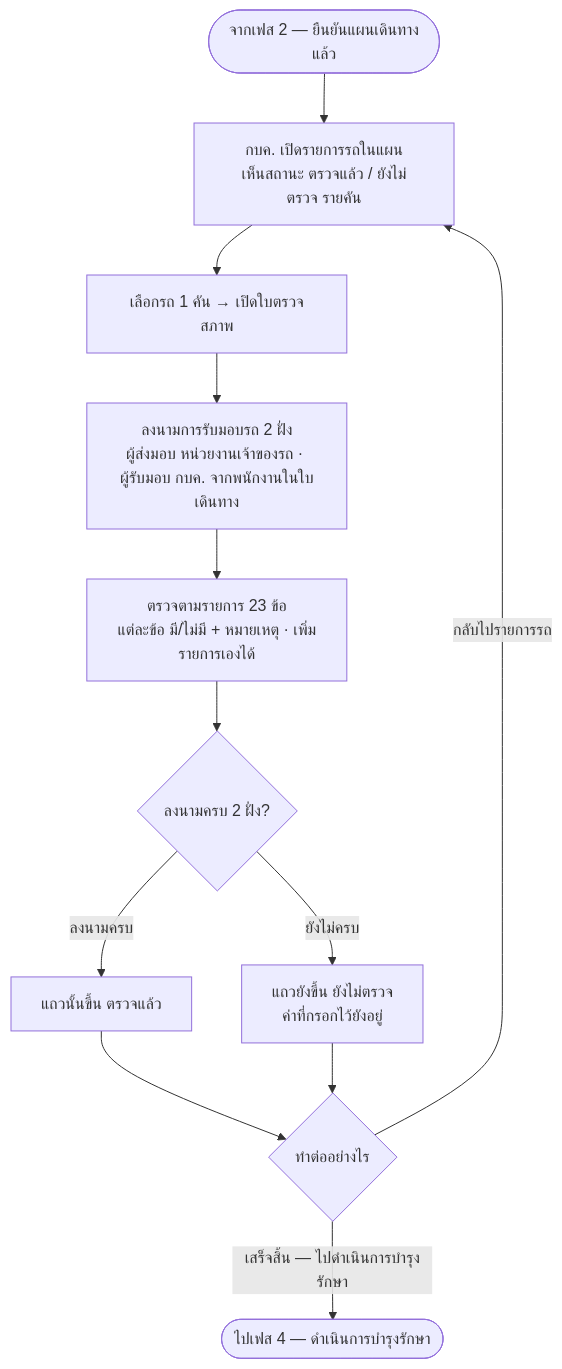
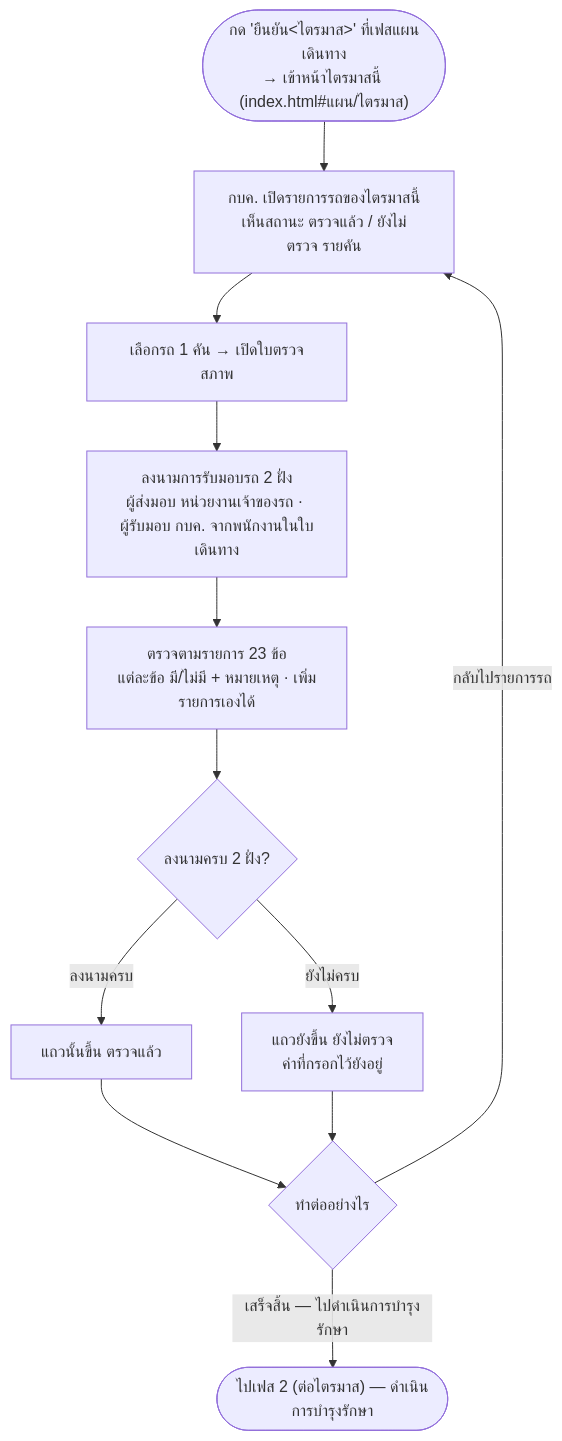
Before and after one commit to anugmail/Maintenance-Request-Form: the first of 2 diagrams in Diagram/01-บำรุงรักษาตามวาระ/04-เฟส3-ตรวจรับ.md, drawn with Mermaid. The commit also changed other lines of this file and 12 other files, not shown here.

````diff
--- a/Diagram/01-บำรุงรักษาตามวาระ/04-เฟส3-ตรวจรับ.md
+++ b/Diagram/01-บำรุงรักษาตามวาระ/04-เฟส3-ตรวจรับ.md
@@ -17,14 +21,14 @@
 ```mermaid
 flowchart TB
-    S([จากเฟส 2 — ยืนยันแผนเดินทางแล้ว]) --> A[กบค. เปิดรายการรถในแผน<br/>เห็นสถานะ ตรวจแล้ว / ยังไม่ตรวจ รายคัน]
+    S(["กด 'ยืนยัน&lt;ไตรมาส&gt;' ที่เฟสแผนเดินทาง<br/>→ เข้าหน้าไตรมาสนี้ (index.html#แผน/ไตรมาส)"]) --> A[กบค. เปิดรายการรถของไตรมาสนี้<br/>เห็นสถานะ ตรวจแล้ว / ยังไม่ตรวจ รายคัน]
     A --> B[เลือกรถ 1 คัน → เปิดใบตรวจสภาพ]
     B --> C[ลงนามการรับมอบรถ 2 ฝั่ง<br/>ผู้ส่งมอบ หน่วยงานเจ้าของรถ · ผู้รับมอบ กบค. จากพนักงานในใบเดินทาง]
     C --> D[ตรวจตามรายการ 23 ข้อ<br/>แต่ละข้อ มี/ไม่มี + หมายเหตุ · เพิ่มรายการเองได้]
     D --> E{ลงนามครบ 2 ฝั่ง?}
     E -->|ลงนามครบ| G[แถวนั้นขึ้น ตรวจแล้ว]
     E -->|ยังไม่ครบ| G2[แถวยังขึ้น ยังไม่ตรวจ<br/>ค่าที่กรอกไว้ยังอยู่]
     G --> H{ทำต่ออย่างไร}
     G2 --> H
     H -->|กลับไปรายการรถ| A
-    H -->|"เสร็จสิ้น — ไปดำเนินการบำรุงรักษา"| Z([ไปเฟส 4 — ดำเนินการบำรุงรักษา])
+    H -->|"เสร็จสิ้น — ไปดำเนินการบำรุงรักษา"| Z(["ไปเฟส 2 (ต่อไตรมาส) — ดำเนินการบำรุงรักษา"])
 ```
````
